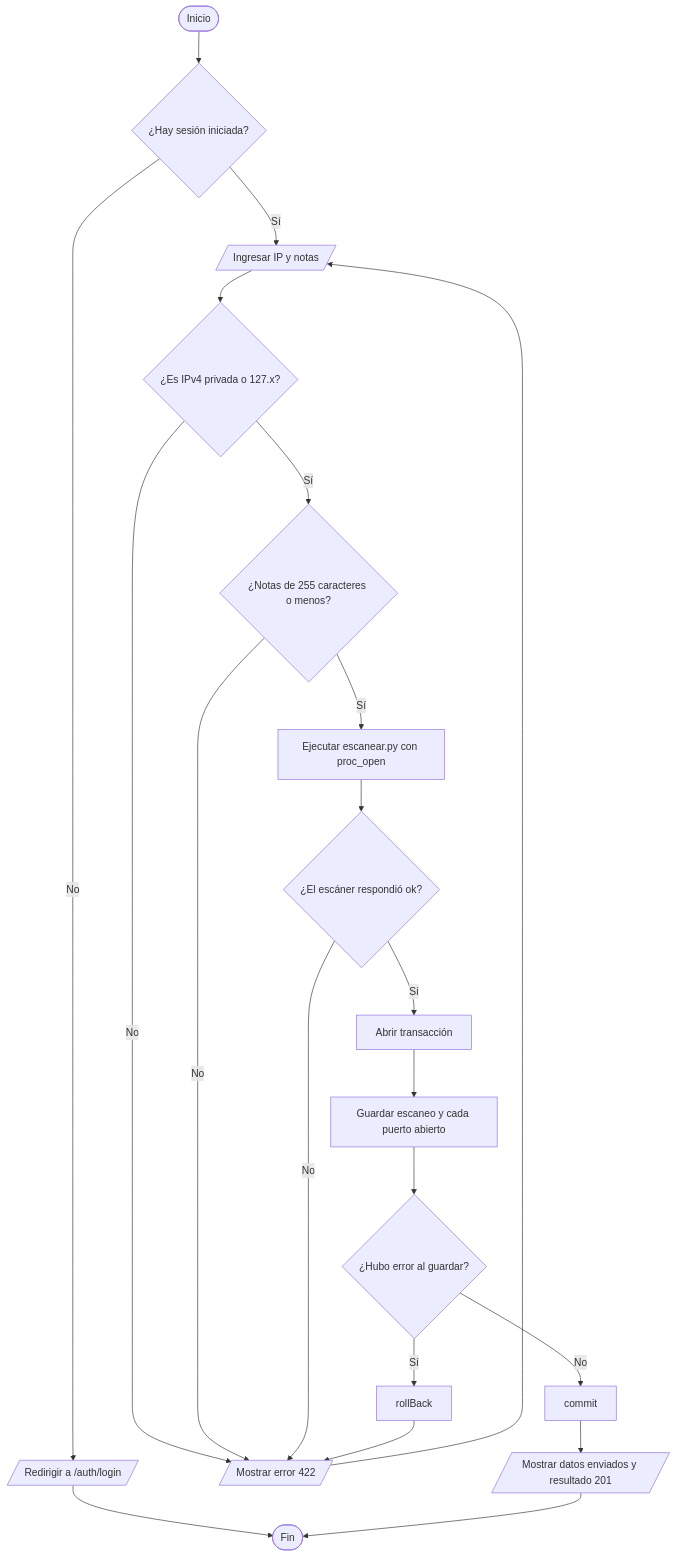
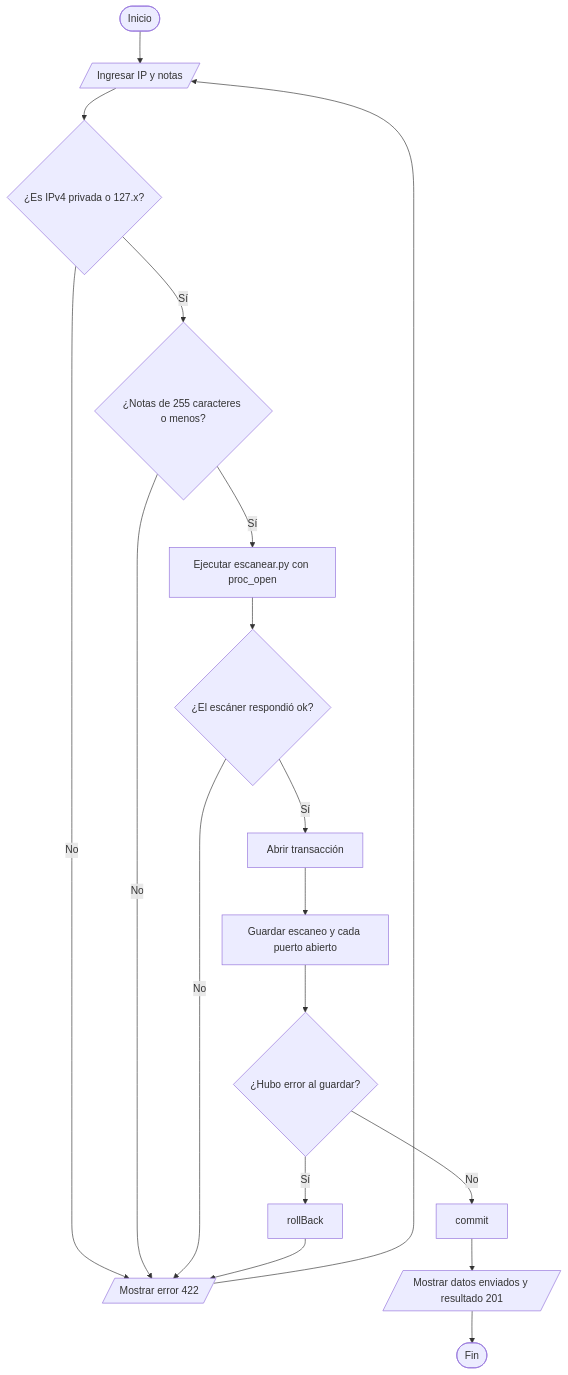
One commit to Gambeta-latorre/pdi-eest4 changed the second of 6 diagrams in docs/checkpoint-diagramas.md. Above: the diagram before and after it, drawn with Mermaid. The commit also changed other lines of this file and 7 other files, not shown here.

Commit message:
TP15 y diagramas: backlog sin login, historias US-1 a US-9

````diff
--- a/docs/checkpoint-diagramas.md
+++ b/docs/checkpoint-diagramas.md
@@ -47,20 +26,18 @@
 ```mermaid
 flowchart TD
-    A([Inicio]) --> S{¿Hay sesión iniciada?}
-    S -- No --> L[/Redirigir a /auth/login/] --> Z([Fin])
-    S -- Sí --> B[/Ingresar IP y notas/]
+    A([Inicio]) --> B[/Ingresar IP y notas/]
     B --> C{¿Es IPv4 privada o 127.x?}
     C -- No --> E[/Mostrar error 422/] --> B
     C -- Sí --> D{¿Notas de 255 caracteres o menos?}
     D -- No --> E
     D -- Sí --> F[Ejecutar escanear.py con proc_open]
     F --> G{¿El escáner respondió ok?}
     G -- No --> E
     G -- Sí --> H[Abrir transacción]
     H --> I[Guardar escaneo y cada puerto abierto]
     I --> J{¿Hubo error al guardar?}
     J -- Sí --> K[rollBack] --> E
     J -- No --> M[commit]
     M --> N[/Mostrar datos enviados y resultado 201/]
-    N --> Z
+    N --> Z([Fin])
 ```
````
